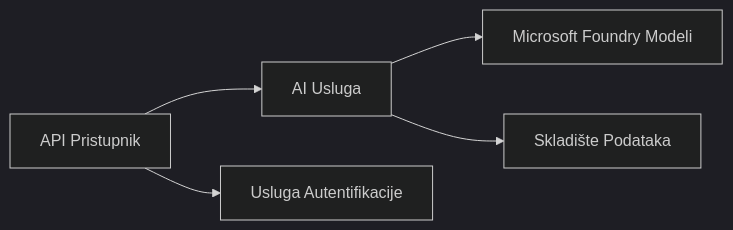
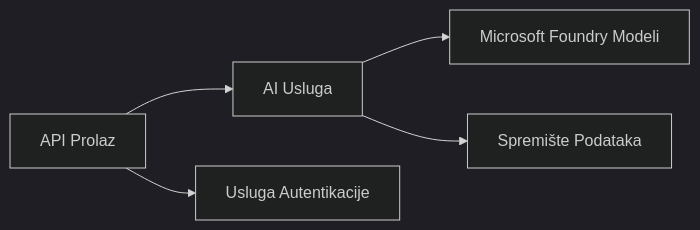
One commit to microsoft/AZD-for-beginners changed the first of 2 diagrams in translations/hr/docs/chapter-08-production/README.md. Above: the diagram before and after it, drawn with Mermaid (dark theme). The commit also changed other lines of this file and 104 other files, not shown here.

````diff
--- a/translations/hr/docs/chapter-08-production/README.md
+++ b/translations/hr/docs/chapter-08-production/README.md
@@ -48,6 +48,6 @@
 ```mermaid
 graph LR
-    Gateway[API Pristupnik] --> AI[AI Usluga] --> Models[Microsoft Foundry Modeli]
-    Gateway --> Auth[Usluga Autentifikacije]
-    AI --> Data[Skladište Podataka]
+    Gateway[API Prolaz] --> AI[AI Usluga] --> Models[Microsoft Foundry Modeli]
+    Gateway --> Auth[Usluga Autentikacije]
+    AI --> Data[Spremište Podataka]
 ```
````
